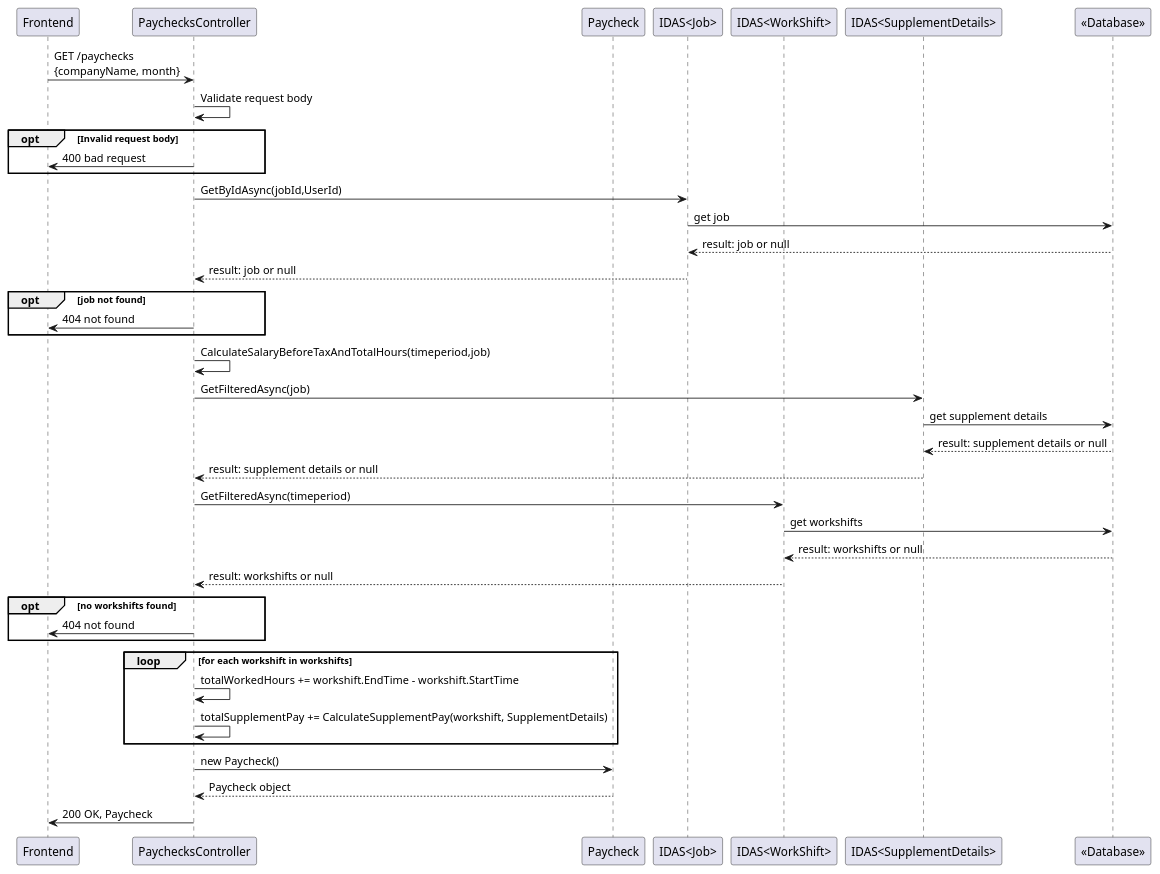
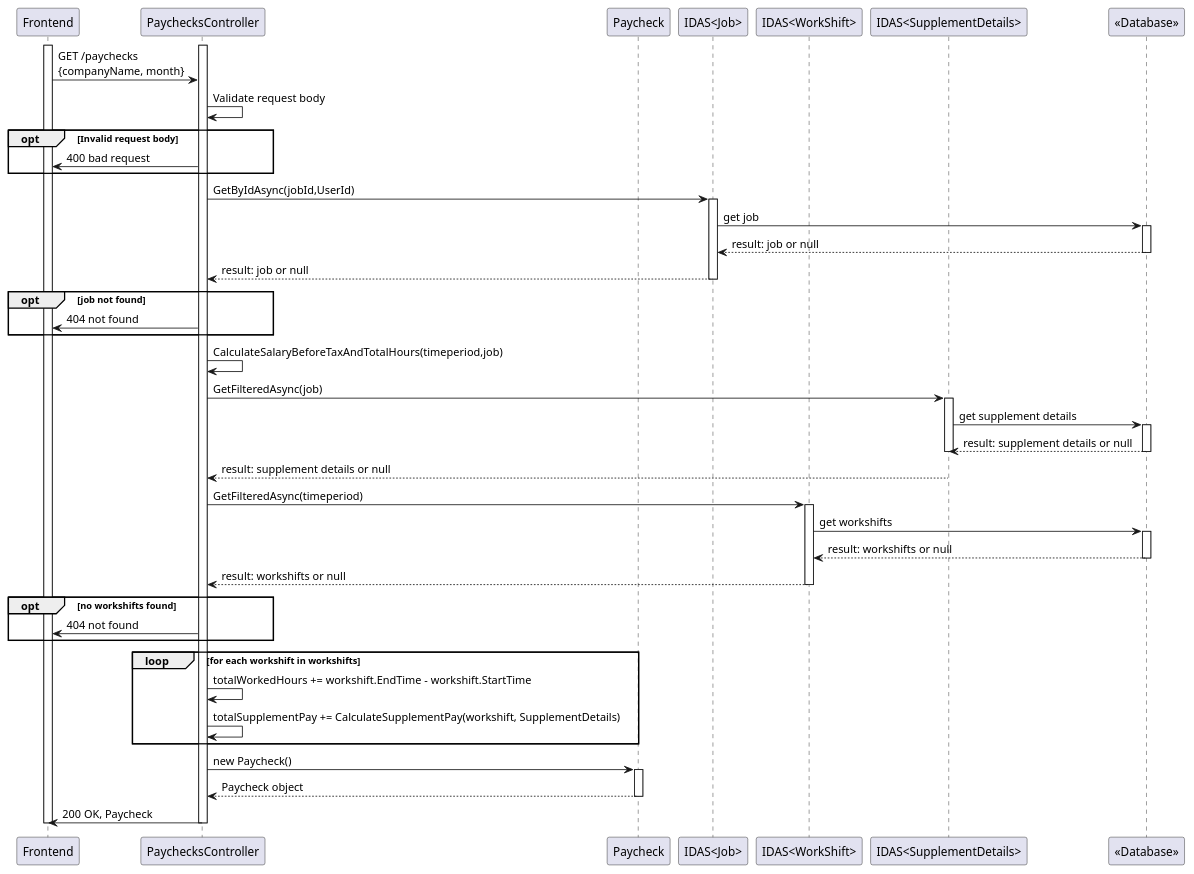
Before and after one commit to a-chiha/FinanceTrackerBackend: the diagram in diagrams/backend/generatePayCheckSeq.puml, drawn with PlantUML. The commit also changed 2 other files, not shown here.

Commit message:
Revidering af seq diagrammer så activation bars de passer.

```diff
--- a/diagrams/backend/generatePayCheckSeq.puml
+++ b/diagrams/backend/generatePayCheckSeq.puml
@@ -3,55 +3,67 @@
 @startuml
 
 participant "Frontend" as Frontend 
 participant "PaychecksController" as PaychecksController
 participant "Paycheck" as Paycheck
 participant "IDAS<Job>" as Job
 participant "IDAS<WorkShift>" as WorkShift
 participant "IDAS<SupplementDetails>" as SupplementDetails
 participant "<<Database>>" as Database
 
-
-
+activate Frontend
+activate PaychecksController
 Frontend -> PaychecksController: GET /paychecks\n{companyName, month}
 PaychecksController -> PaychecksController: Validate request body
 opt Invalid request body
 PaychecksController -> Frontend: 400 bad request 
 end
 
 PaychecksController -> Job: GetByIdAsync(jobId,UserId)
+activate Job
 Job -> Database: get job
+activate Database
 Database --> Job: result: job or null
-
+deactivate Database
 Job --> PaychecksController: result: job or null
-
+deactivate Job
 opt job not found
 PaychecksController -> Frontend: 404 not found
 end
 
 PaychecksController -> PaychecksController: CalculateSalaryBeforeTaxAndTotalHours(timeperiod,job)
 
 PaychecksController -> SupplementDetails: GetFilteredAsync(job)
+activate SupplementDetails
 SupplementDetails -> Database: get supplement details
+activate Database
 Database --> SupplementDetails: result: supplement details or null
+deactivate Database
+deactivate SupplementDetails
 SupplementDetails --> PaychecksController: result: supplement details or null
 PaychecksController -> WorkShift: GetFilteredAsync(timeperiod)
+activate WorkShift
+
 WorkShift -> Database: get workshifts
+activate Database
 Database --> WorkShift: result: workshifts or null
+deactivate Database
 PaychecksController <-- WorkShift: result: workshifts or null
-
+deactivate WorkShift
 opt no workshifts found
 PaychecksController -> Frontend: 404 not found
 
 end
 loop for each workshift in workshifts
 PaychecksController -> PaychecksController: totalWorkedHours += workshift.EndTime - workshift.StartTime
 
 PaychecksController -> PaychecksController: totalSupplementPay += CalculateSupplementPay(workshift, SupplementDetails)
 end
 
 PaychecksController -> Paycheck: new Paycheck()
+activate Paycheck
 Paycheck --> PaychecksController: Paycheck object
+deactivate Paycheck
 PaychecksController -> Frontend: 200 OK, Paycheck
-
-
+deactivate PaychecksController
+deactivate Frontend
 @enduml
```
